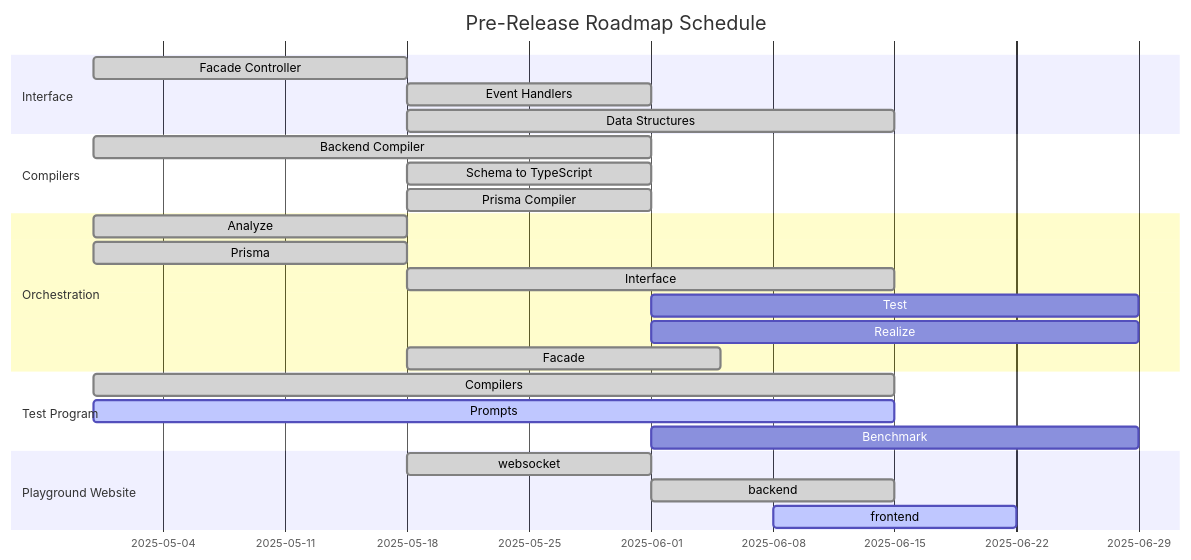
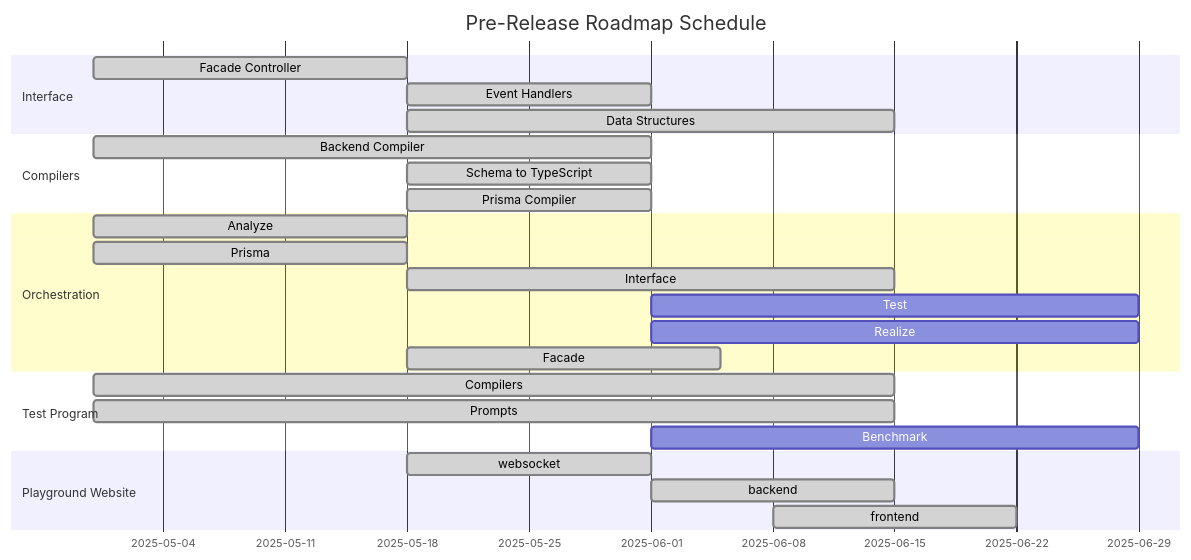
One commit to RavenView-ai/autobe changed the third of 3 diagrams in README.md. Above: the diagram before and after it, drawn with Mermaid. The commit also changed 12 other files, not shown here.

````diff
--- a/README.md
+++ b/README.md
@@ -404,33 +404,33 @@
 ```mermaid
 gantt
   dateFormat YYYY-MM-DD
   title Pre-Release Roadmap Schedule
 
   section Interface
   Facade Controller: done, 2025-04-30, 18d
   Event Handlers:    done, 2025-05-18, 14d
   Data Structures:   done, 2025-05-18, 28d
 
   section Compilers
   Backend Compiler:     done, 2025-04-30, 32d
   Schema to TypeScript: done, 2025-05-18, 14d
   Prisma Compiler:      done, 2025-05-18, 14d
 
   section Orchestration
   Analyze  : done,    2025-04-30, 18d
   Prisma   : done,    2025-04-30, 18d
   Interface: done,    2025-05-18, 28d
   Test     : planned, 2025-06-01, 28d
   Realize  : planned, 2025-06-01, 28d
   Facade   : done,    2025-05-18, 18d
 
   section Test Program
   Compilers: done,    2025-04-30, 46d
-  Prompts:   active,  2025-04-30, 46d
+  Prompts:   done,    2025-04-30, 46d
   Benchmark: planned, 2025-06-01, 28d
 
   section Playground Website
-  websocket: done,   2025-05-18, 14d
-  backend  : done,   2025-06-01, 14d
-  frontend : active, 2025-06-08, 14d
+  websocket: done, 2025-05-18, 14d
+  backend  : done, 2025-06-01, 14d
+  frontend : done, 2025-06-08, 14d
 ```
````
